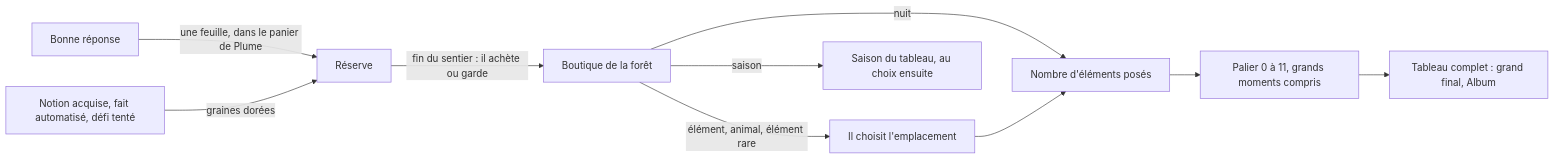
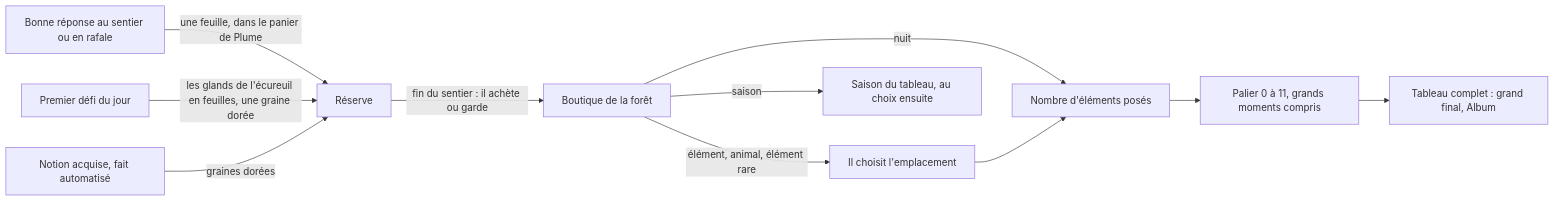
Before and after one commit to Plonk42/numebois: the diagram in doc/PLAN_ACTION.md, drawn with Mermaid. The commit also changed other lines of this file and 6 other files, not shown here.

Commit message:
Faire des glands ceux de l'écureuil : échangés contre des feuilles avec une graine dorée au premier défi du jour, ensuite pour le record (Closes #120, Closes #126)

````diff
--- a/doc/PLAN_ACTION.md
+++ b/doc/PLAN_ACTION.md
@@ -36,12 +36,13 @@
 ```mermaid
 flowchart LR
-  A[Bonne réponse] -->|une feuille, dans le panier de Plume| R[Réserve]
-  L[Notion acquise, fait automatisé, défi tenté] -->|graines dorées| R
+  A[Bonne réponse au sentier ou en rafale] -->|une feuille, dans le panier de Plume| R[Réserve]
+  D[Premier défi du jour] -->|les glands de l'écureuil en feuilles, une graine dorée| R
+  L[Notion acquise, fait automatisé] -->|graines dorées| R
   R -->|fin du sentier : il achète ou garde| B[Boutique de la forêt]
   B -->|élément, animal, élément rare| P[Il choisit l'emplacement]
   B -->|saison| S[Saison du tableau, au choix ensuite]
   B -->|nuit| N[Nuit du tableau, au choix ensuite]
   P --> N[Nombre d'éléments posés]
   N --> T[Palier 0 à 11, grands moments compris]
   T --> F[Tableau complet : grand final, Album]
 ```
````
